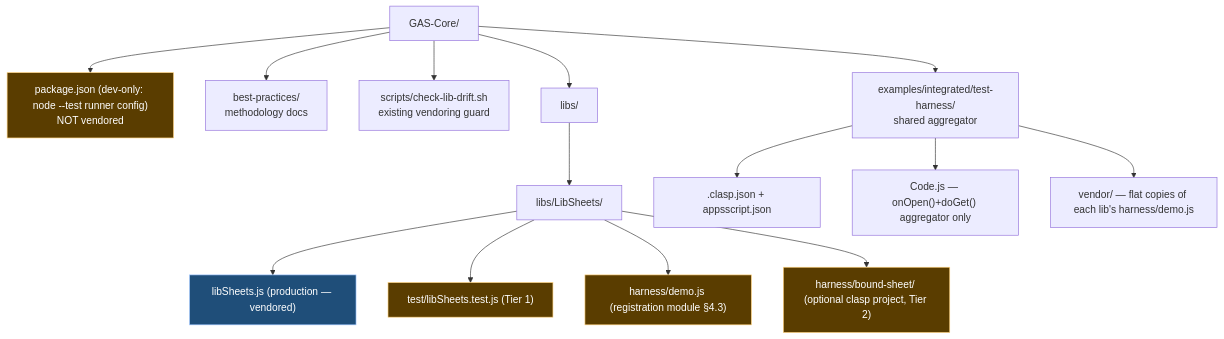
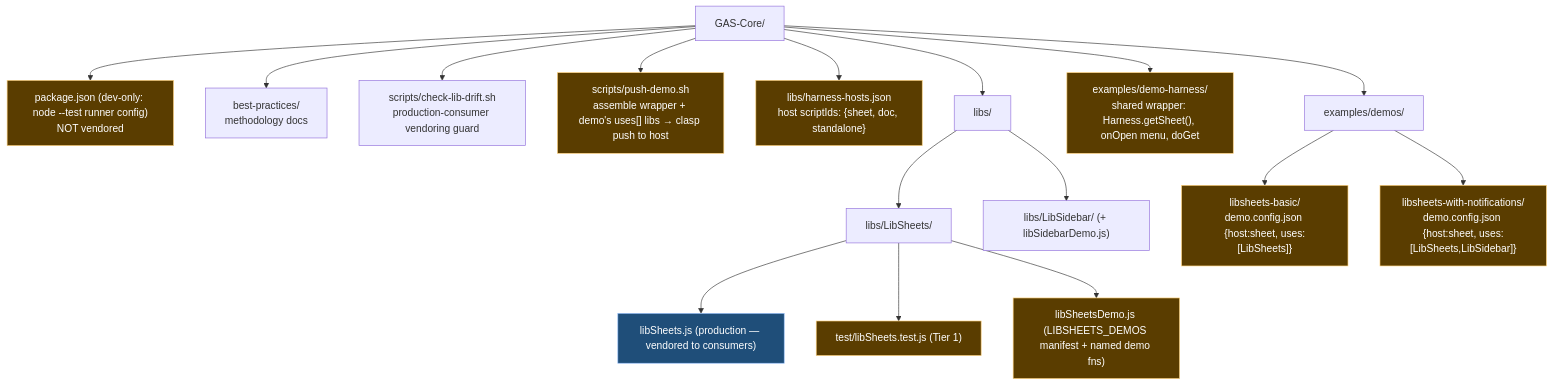
One commit to stuartdonaldson/GAS-Core changed the first of 4 diagrams in docs/test-harness-design.md. Above: the diagram before and after it, drawn with Mermaid. The commit also changed other lines of this file and 14 other files, not shown here.

First line of the commit message:
Build demo foundation: extract hybrid libSheetsDemo, add push-demo tool + harness wrapper (batch 8)

````diff
--- a/docs/test-harness-design.md
+++ b/docs/test-harness-design.md
@@ -59,24 +177,26 @@
 ```mermaid
 graph TD
   root["GAS-Core/"]
   root --> pkg["package.json (dev-only: node --test runner config)<br/>NOT vendored"]
   root --> bp["best-practices/<br/>methodology docs"]
-  root --> scripts["scripts/check-lib-drift.sh<br/>existing vendoring guard"]
+  root --> drift["scripts/check-lib-drift.sh<br/>production-consumer vendoring guard"]
+  root --> push["scripts/push-demo.sh<br/>assemble wrapper + demo's uses[] libs → clasp push to host"]
+  root --> hosts["libs/harness-hosts.json<br/>host scriptIds: {sheet, doc, standalone}"]
   root --> libs["libs/"]
-  root --> ex["examples/integrated/test-harness/<br/>shared aggregator"]
+  root --> wrap["examples/demo-harness/<br/>shared wrapper: Harness.getSheet(), onOpen menu, doGet"]
+  root --> demos["examples/demos/"]
 
   libs --> ls["libs/LibSheets/"]
-  ls --> lsprod["libSheets.js (production — vendored)"]
+  ls --> lsprod["libSheets.js (production — vendored to consumers)"]
   ls --> lstest["test/libSheets.test.js (Tier 1)"]
-  ls --> lsharn["harness/demo.js (registration module §4.3)"]
-  ls --> lsbound["harness/bound-sheet/ (optional clasp project, Tier 2)"]
+  ls --> lsdemo["libSheetsDemo.js (LIBSHEETS_DEMOS manifest + named demo fns)"]
+  libs --> lsb["libs/LibSidebar/ (+ libSidebarDemo.js)"]
 
-  ex --> exclasp[".clasp.json + appsscript.json"]
-  ex --> excode["Code.js — onOpen()+doGet() aggregator only"]
-  ex --> exvendor["vendor/ — flat copies of each lib's harness/demo.js"]
+  demos --> d1["libsheets-basic/<br/>demo.config.json {host:sheet, uses:[LibSheets]}"]
+  demos --> d2["libsheets-with-notifications/<br/>demo.config.json {host:sheet, uses:[LibSheets,LibSidebar]}"]
 
   classDef vend fill:#1f4e79,stroke:#9ec5fe,color:#ffffff;
   classDef novend fill:#5a3d00,stroke:#ffd27d,color:#ffffff;
   class lsprod vend;
-  class lstest,lsharn,lsbound,pkg novend;
+  class lstest,lsdemo,pkg,push,hosts,wrap,d1,d2 novend;
 ```
````
